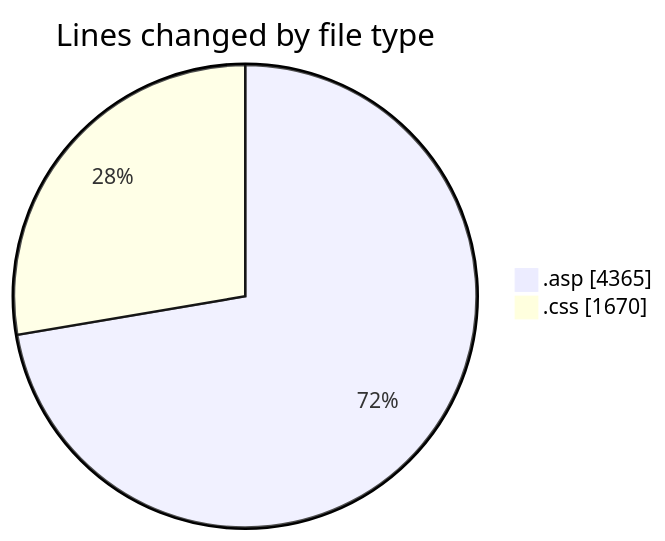
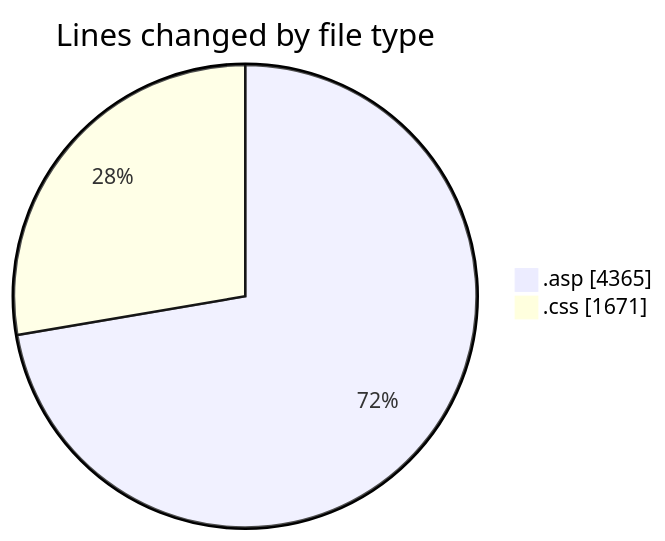
The first of 2 diagrams in 2025-11-17/usr_aleoudev_fr__workspace_/README.md (julien-gomy/code-tracking), drawn with Mermaid before and after one commit. The commit also changed other lines of this file and 1 other file, not shown here.

````diff
--- a/2025-11-17/usr_aleoudev_fr__workspace_/README.md
+++ b/2025-11-17/usr_aleoudev_fr__workspace_/README.md
@@ -22,6 +22,6 @@
 ```mermaid
 pie showData
 title Lines changed by file type
 ".asp" : 4365
-".css" : 1670
+".css" : 1671
 ```
````
